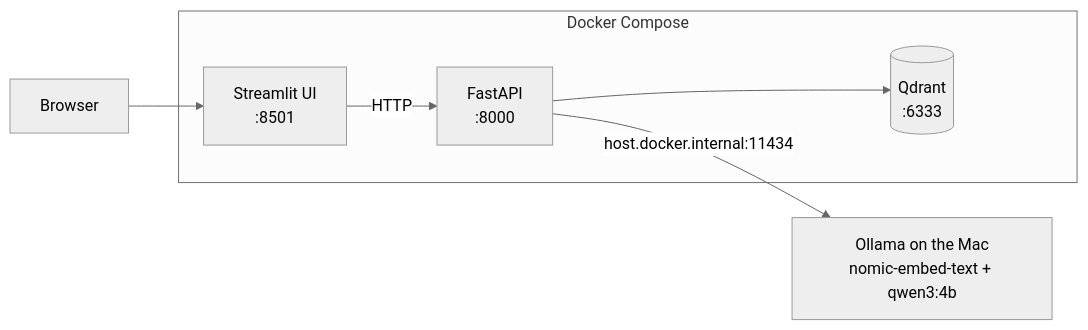
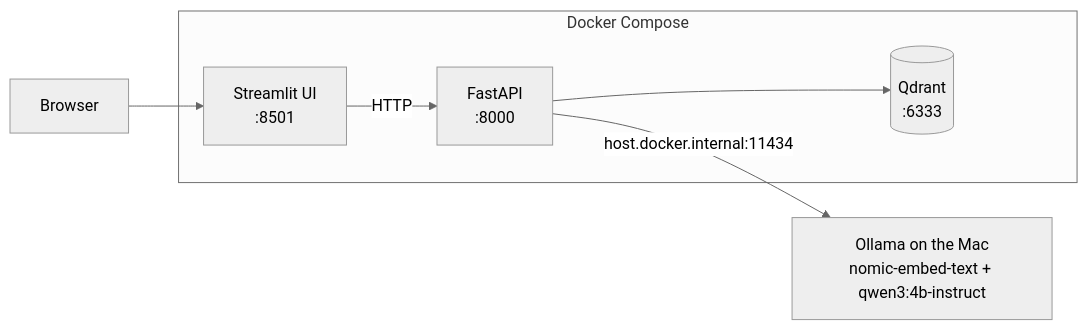
The first of 2 diagrams in README.md (Fezz00/study-RAG), drawn with Mermaid (neutral theme) before and after one commit. The commit also changed other lines of this file and 3 other files, not shown here.

Commit message:
Switch to non-thinking qwen3:4b-instruct

````diff
--- a/README.md
+++ b/README.md
@@ -41,9 +41,9 @@
 ```mermaid
 flowchart LR
     U[Browser] --> UI
     subgraph Docker["Docker Compose"]
         UI["Streamlit UI<br/>:8501"] -- HTTP --> API["FastAPI<br/>:8000"]
         API --> Q[("Qdrant<br/>:6333")]
     end
-    API -- "host.docker.internal:11434" --> O["Ollama on the Mac<br/>nomic-embed-text + qwen3:4b"]
+    API -- "host.docker.internal:11434" --> O["Ollama on the Mac<br/>nomic-embed-text + qwen3:4b-instruct"]
 ```
````
